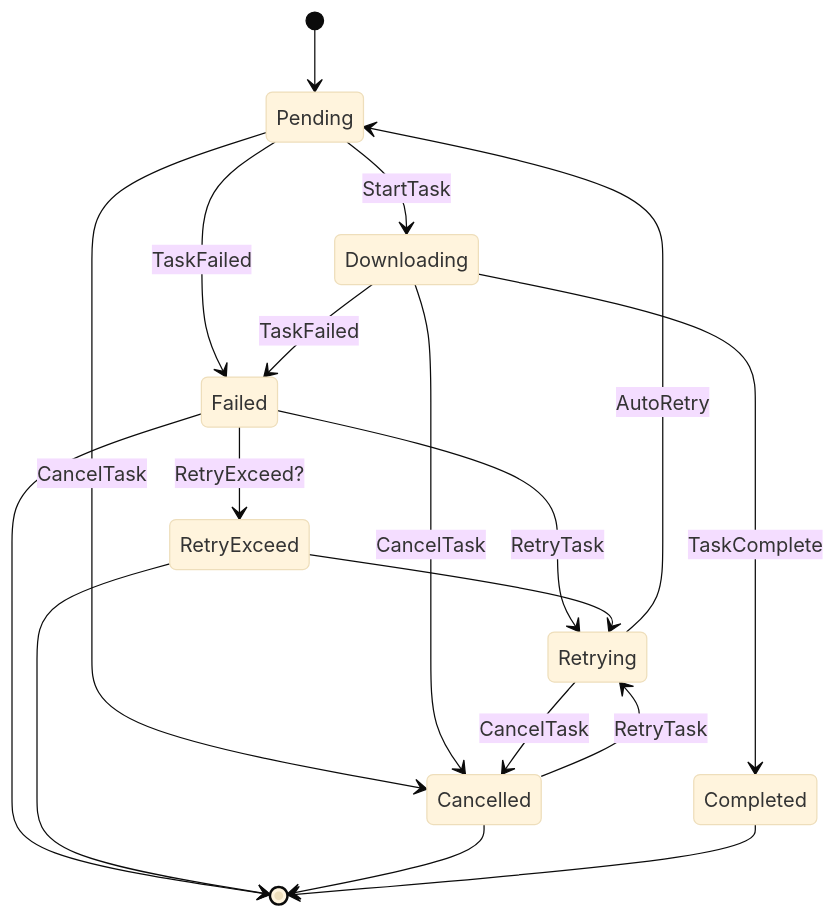
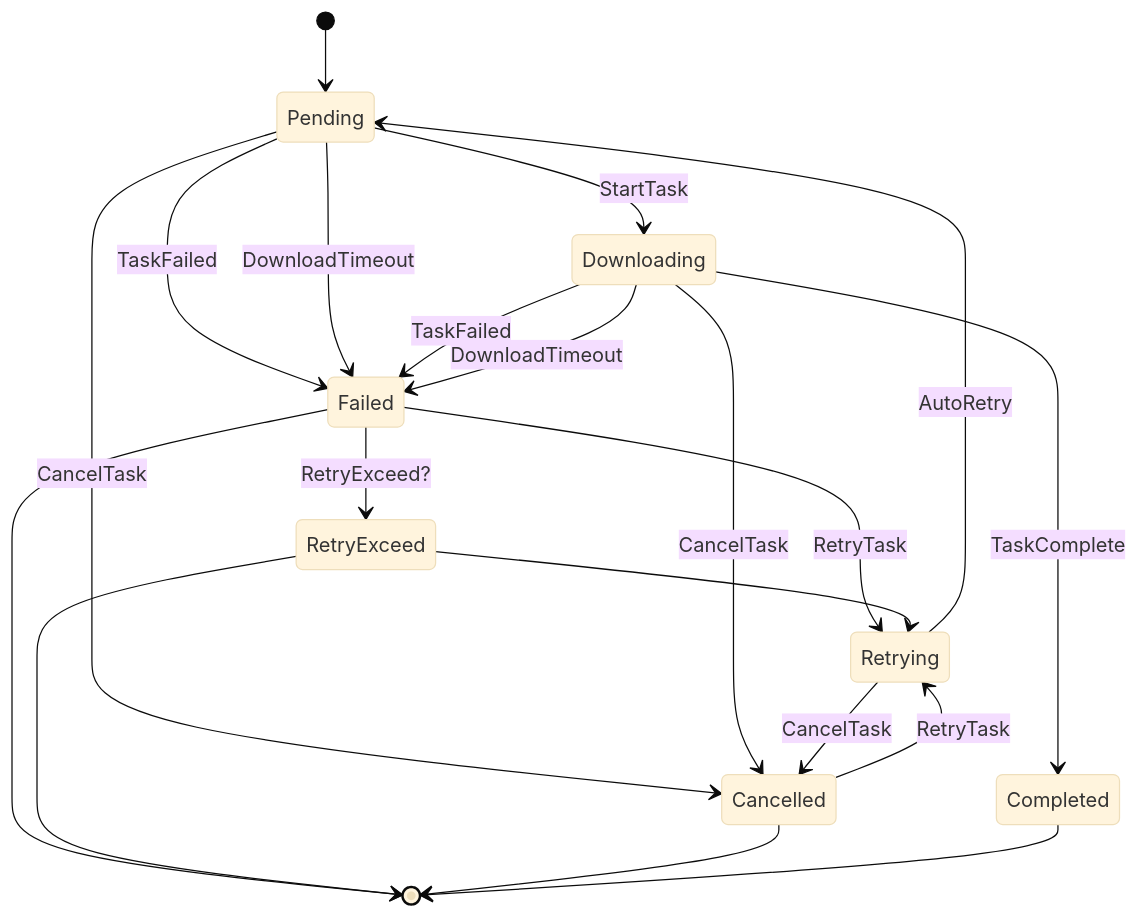
Before and after one commit to lyqingye/bangumi-rs: the diagram in crates/downloader/README.md, drawn with Mermaid (base theme). The commit also changed 1 other file, not shown here.

````diff
--- a/crates/downloader/README.md
+++ b/crates/downloader/README.md
@@ -3,27 +3,29 @@
 ```mermaid
 stateDiagram
   direction TB
 
   
   [*] --> Pending
   Pending --> Downloading:StartTask
   Pending --> Cancelled:CancelTask
   Pending --> Failed:TaskFailed
+  Pending --> Failed:DownloadTimeout
   Downloading --> Completed:TaskComplete
   Downloading --> Failed:TaskFailed
   Downloading --> Cancelled:CancelTask
+  Downloading --> Failed:DownloadTimeout
 
   Failed --> Retrying:RetryTask
   Failed --> [*]
   Failed --> RetryExceed: RetryExceed?
   state RetryExceed <<choice>>
   RetryExceed --> [*]
   RetryExceed --> Retrying
 
   Cancelled --> Retrying:RetryTask
   Cancelled --> [*]
 
   Retrying --> Pending:AutoRetry
   Retrying --> Cancelled:CancelTask
   Completed --> [*]
 ```
````
